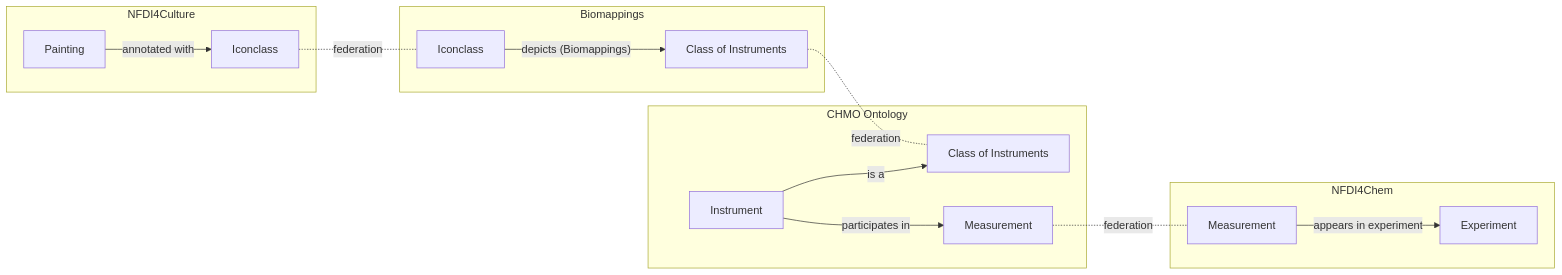
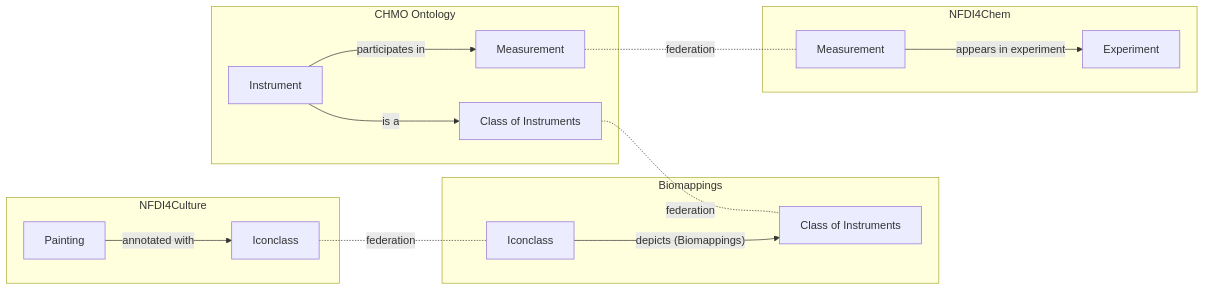
Before and after one commit to cthoyt/cthoyt.github.io: the diagram in _posts/2025-10-07-bridging-culture-and-chemistry.md, drawn with Mermaid.

````diff
--- a/_posts/2025-10-07-bridging-culture-and-chemistry.md
+++ b/_posts/2025-10-07-bridging-culture-and-chemistry.md
@@ -571,22 +571,22 @@
 ```mermaid
 graph LR
     subgraph nfdi4culture [NFDI4Culture]
         painting[Painting] -- annotated with --> iconclass[Iconclass]
     end
 
     subgraph biomappings [Biomappings]
         iconclass -. federation -.- iconclass2[Iconclass]
         iconclass2 -- depicts (Biomappings) --> instrumentClass2[Class of Instruments]
     end
 
     subgraph chmo [CHMO Ontology]
-        instrumentClass2 -. federation -.- instrumentClass[Class of Instruments]
+        instrumentClass[Class of Instruments] -. federation -.- instrumentClass2 
         instrument[Instrument] -- participates in --> measurement[Measurement]
         instrument -- is a --> instrumentClass
     end
 
     subgraph nfdi4chem [NFDI4Chem]
         measurement-. federation -.- measurement2[Measurement]
         measurement2[Measurement] -- appears in experiment --> experiment[Experiment]
     end
 ```
````
